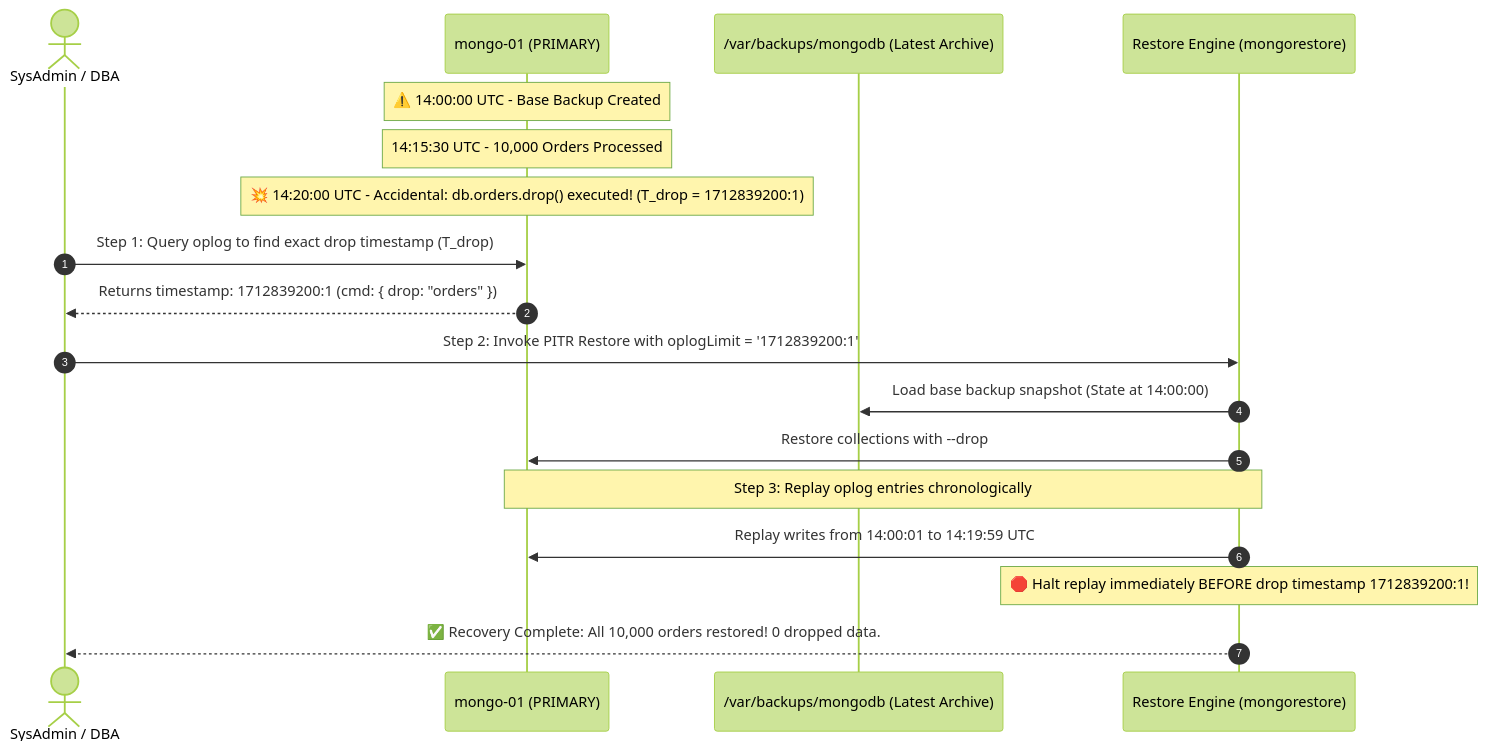
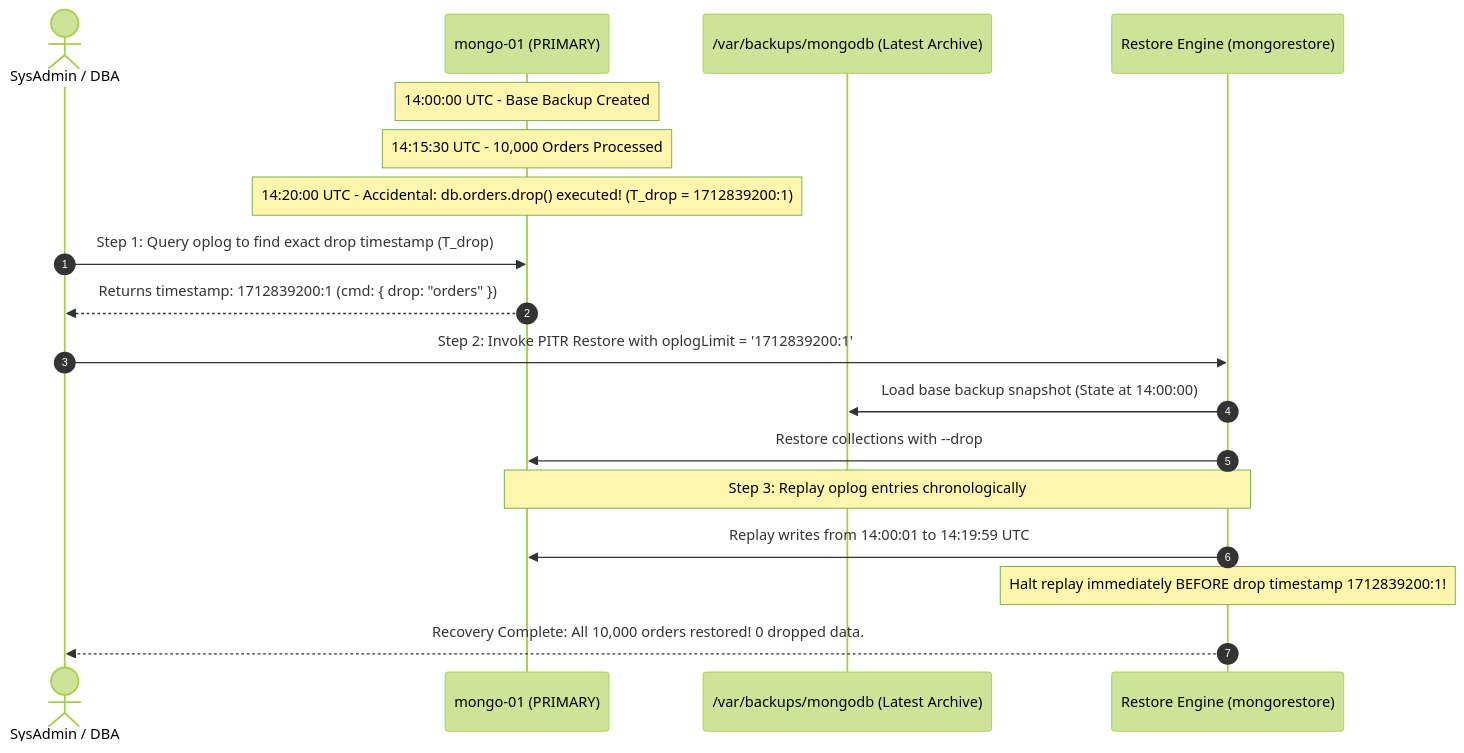
The fifth of 6 diagrams in mongodb-enterprise-cluster/README.md (fahimahammed/db-house), drawn with Mermaid (forest theme) before and after one commit. The commit also changed other lines of this file and 1 other file, not shown here.

Commit message:
feat: Update README to simplify system architecture section and replace diagram with image

````diff
--- a/mongodb-enterprise-cluster/README.md
+++ b/mongodb-enterprise-cluster/README.md
@@ -226,23 +166,23 @@
 ```mermaid
 sequenceDiagram
     autonumber
     actor Admin as SysAdmin / DBA
     participant P as mongo-01 (PRIMARY)
     participant B as /var/backups/mongodb (Latest Archive)
     participant Rest as Restore Engine (mongorestore)
 
-    Note over P: ⚠️ 14:00:00 UTC - Base Backup Created
+    Note over P: 14:00:00 UTC - Base Backup Created
     Note over P: 14:15:30 UTC - 10,000 Orders Processed
-    Note over P: 💥 14:20:00 UTC - Accidental: db.orders.drop() executed! (T_drop = 1712839200:1)
+    Note over P: 14:20:00 UTC - Accidental: db.orders.drop() executed! (T_drop = 1712839200:1)
 
     Admin->>P: Step 1: Query oplog to find exact drop timestamp (T_drop)
     P-->>Admin: Returns timestamp: 1712839200:1 (cmd: { drop: "orders" })
 
     Admin->>Rest: Step 2: Invoke PITR Restore with oplogLimit = '1712839200:1'
     Rest->>B: Load base backup snapshot (State at 14:00:00)
     Rest->>P: Restore collections with --drop
     Note over Rest,P: Step 3: Replay oplog entries chronologically
     Rest->>P: Replay writes from 14:00:01 to 14:19:59 UTC
-    Note over Rest: 🛑 Halt replay immediately BEFORE drop timestamp 1712839200:1!
-    Rest-->>Admin: ✅ Recovery Complete: All 10,000 orders restored! 0 dropped data.
+    Note over Rest: Halt replay immediately BEFORE drop timestamp 1712839200:1!
+    Rest-->>Admin: Recovery Complete: All 10,000 orders restored! 0 dropped data.
 ```
````
